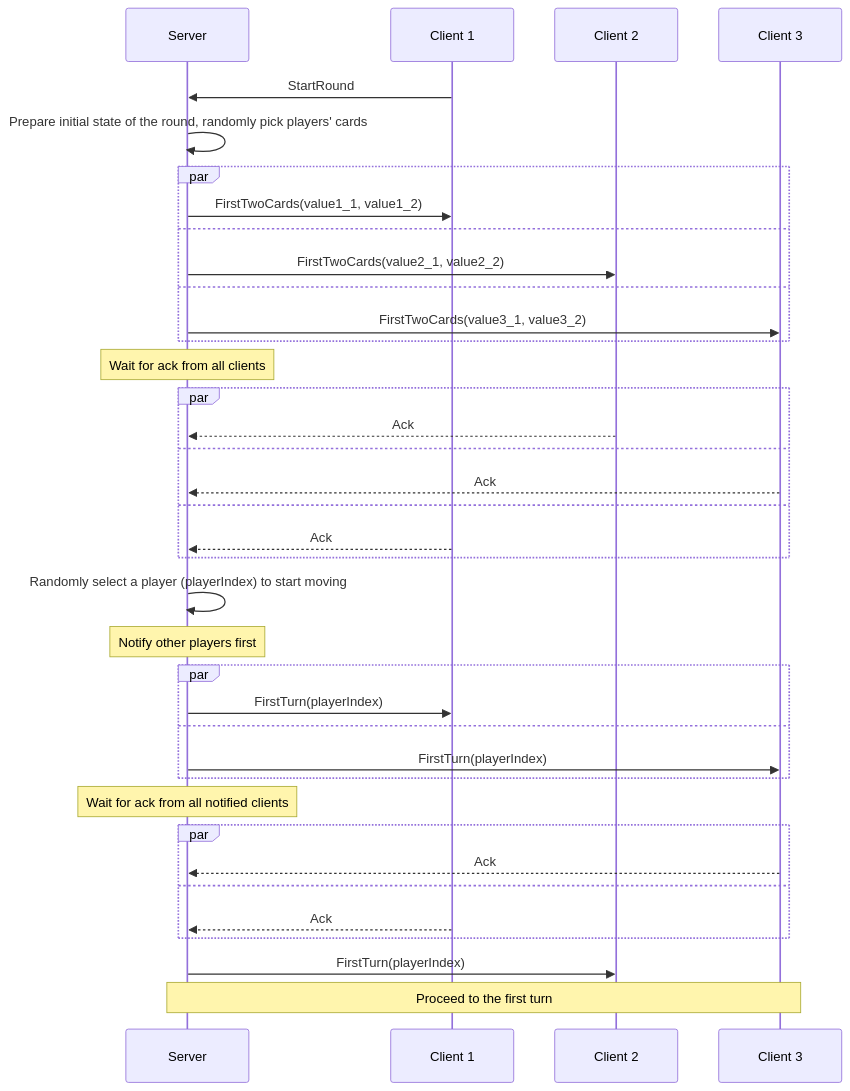
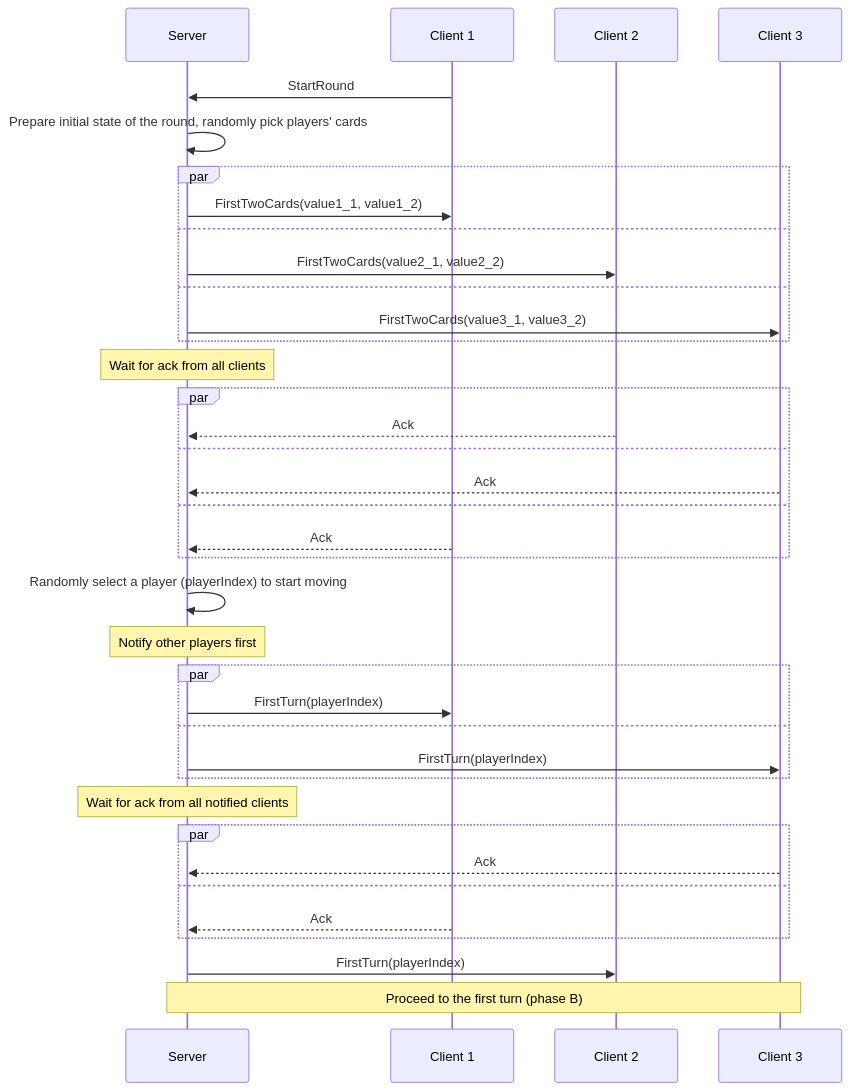
Before and after one commit to roman-zubarevich/another: the first of 8 diagrams in README.md, drawn with Mermaid. The commit also changed other lines of this file, not shown here.

````diff
--- a/README.md
+++ b/README.md
@@ -4,39 +4,39 @@
 ```mermaid
 sequenceDiagram
     participant S as Server
     participant C1 as Client 1
     participant C2 as Client 2
     participant C3 as Client 3
     C1->>S: StartRound
     S->>S: Prepare initial state of the round, randomly pick players' cards
     par
         S->>C1: FirstTwoCards(value1_1, value1_2)
     and
         S->>C2: FirstTwoCards(value2_1, value2_2)
     and
         S->>C3: FirstTwoCards(value3_1, value3_2)
     end
     Note over S: Wait for ack from all clients
     par
         C2-->>S: Ack
     and
         C3-->>S: Ack
     and
         C1-->>S: Ack
     end
     S->>S: Randomly select a player (playerIndex) to start moving
     Note over S: Notify other players first
     par
         S->>C1: FirstTurn(playerIndex)
     and
         S->>C3: FirstTurn(playerIndex)
     end
     Note over S: Wait for ack from all notified clients
     par
         C3-->>S: Ack
     and
         C1-->>S: Ack
     end
     S->>C2: FirstTurn(playerIndex)
-    Note over S,C3: Proceed to the first turn
+    Note over S,C3: Proceed to the first turn (phase B)
 ```
````
